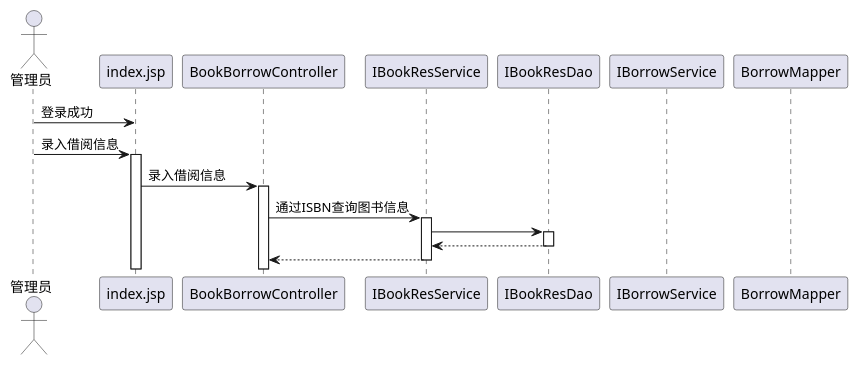
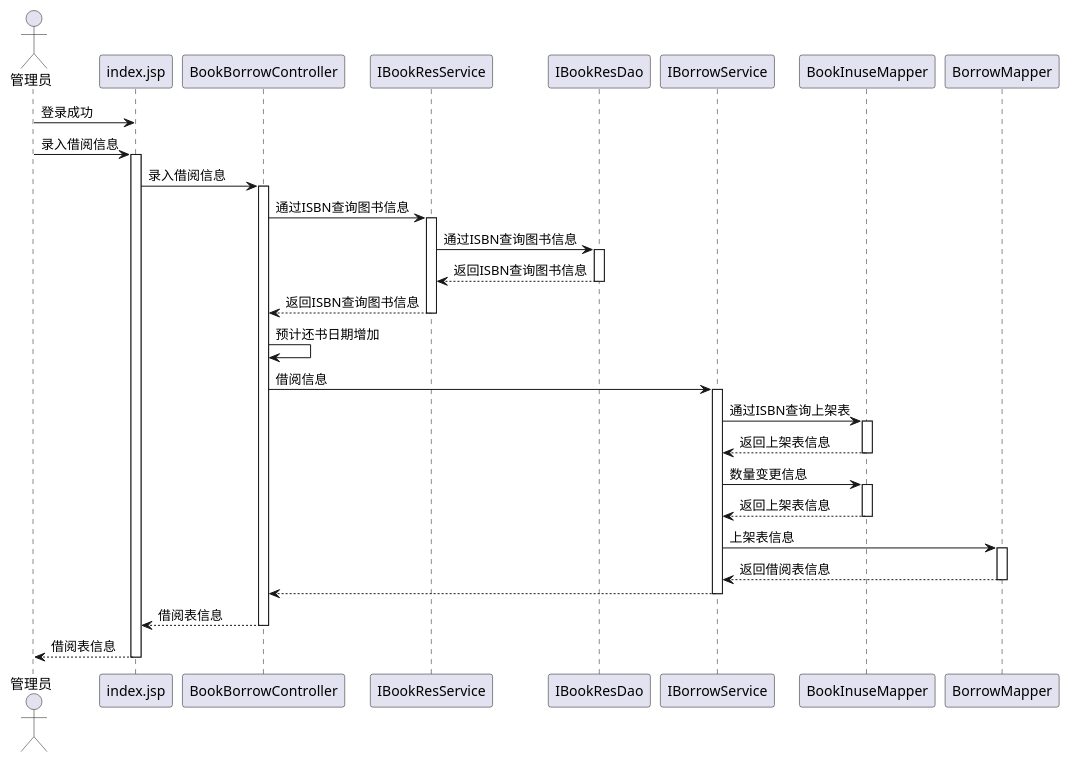
The diagram in LibraryMS_01/src/main/java/com/controller/bookborrow.puml (jinmingyong/Library), drawn with PlantUML before and after one commit. The commit also changed 15 other files, not shown here.

```diff
--- a/LibraryMS_01/src/main/java/com/controller/bookborrow.puml
+++ b/LibraryMS_01/src/main/java/com/controller/bookborrow.puml
@@ -1,24 +1,50 @@
 @startuml
 actor 管理员
 participant index.jsp
 participant BookBorrowController
 participant IBookResService
 participant IBookResDao
 participant IBorrowService
+participant BookInuseMapper
 participant BorrowMapper
+
 
 管理员 -> index.jsp:登录成功
 管理员 -> index.jsp:录入借阅信息
 activate index.jsp
 index.jsp -> BookBorrowController: 录入借阅信息
 activate BookBorrowController
 BookBorrowController -> IBookResService:通过ISBN查询图书信息
 activate IBookResService
-IBookResService -> IBookResDao:
+IBookResService -> IBookResDao:通过ISBN查询图书信息
 activate IBookResDao
-IBookResDao --> IBookResService
+IBookResDao --> IBookResService:返回ISBN查询图书信息
 deactivate IBookResDao
-IBookResService --> BookBorrowController
+IBookResService --> BookBorrowController:返回ISBN查询图书信息
 deactivate IBookResService
+BookBorrowController->BookBorrowController:预计还书日期增加
+BookBorrowController->IBorrowService:借阅信息
+activate IBorrowService
+IBorrowService->BookInuseMapper:通过ISBN查询上架表
+activate BookInuseMapper
+BookInuseMapper-->IBorrowService:返回上架表信息
+deactivate BookInuseMapper
+IBorrowService->BookInuseMapper:数量变更信息
+activate BookInuseMapper
+BookInuseMapper-->IBorrowService:返回上架表信息
+deactivate BookInuseMapper
+IBorrowService->BorrowMapper:上架表信息
+activate BorrowMapper
+BorrowMapper-->IBorrowService:返回借阅表信息
+deactivate
+IBorrowService-->BookBorrowController
+deactivate
+BookBorrowController-->index.jsp:借阅表信息
+deactivate
+index.jsp-->管理员:借阅表信息
+deactivate
+
+
+
 
 @enduml
```
